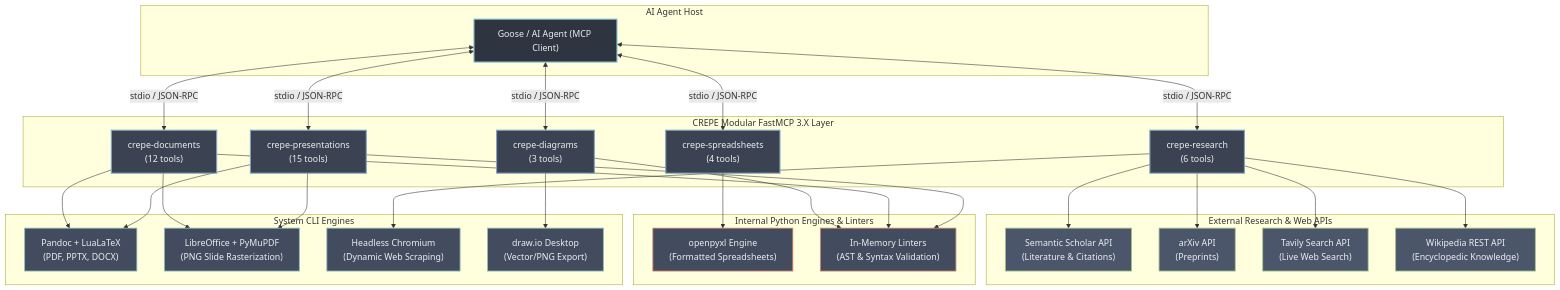
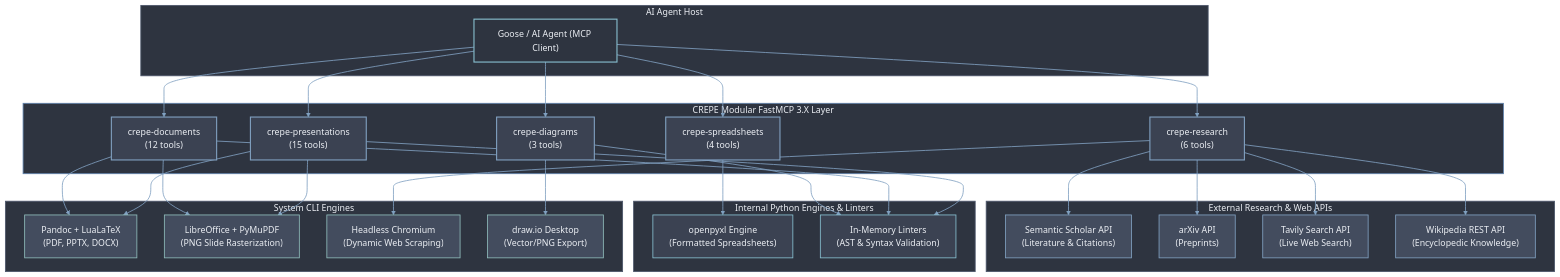
One commit to mariolpantunes/crepe-mcp changed the diagram in README.md. Above: the diagram before and after it, drawn with Mermaid.

Commit message:
docs: clean connection labels and unify Mermaid styling with pure Nord palette

````diff
--- a/README.md
+++ b/README.md
@@ -45,12 +45,12 @@
         Linters["In-Memory Linters<br/>(AST & Syntax Validation)"]
     end
 
-    %% Client connection
-    Agent <-->|stdio / JSON-RPC| Pres
-    Agent <-->|stdio / JSON-RPC| Docs
-    Agent <-->|stdio / JSON-RPC| Research
-    Agent <-->|stdio / JSON-RPC| Sheets
-    Agent <-->|stdio / JSON-RPC| Diagrams
+    %% Client connections (clean lines without protocol text)
+    Agent --> Pres
+    Agent --> Docs
+    Agent --> Research
+    Agent --> Sheets
+    Agent --> Diagrams
 
     %% Sub-server specific connections
     Pres --> Linters
@@ -72,16 +72,26 @@
     Diagrams --> Linters
     Diagrams --> DrawioCLI
 
-    %% Nord Theme Styling
+    %% Nord Theme Node Styling
     classDef client fill:#2E3440,stroke:#88C0D0,stroke-width:2px,color:#ECEFF4;
     classDef server fill:#3B4252,stroke:#81A1C1,stroke-width:2px,color:#ECEFF4;
     classDef engine fill:#434C5E,stroke:#8FBCBB,stroke-width:1.5px,color:#ECEFF4;
-    classDef api fill:#4C566A,stroke:#A3BE8C,stroke-width:1.5px,color:#ECEFF4;
-    classDef internal fill:#434C5E,stroke:#D08770,stroke-width:1.5px,color:#ECEFF4;
+    classDef api fill:#434C5E,stroke:#81A1C1,stroke-width:1.5px,color:#ECEFF4;
+    classDef internal fill:#3B4252,stroke:#88C0D0,stroke-width:1.5px,color:#ECEFF4;
 
     class Agent client;
     class Pres,Docs,Research,Sheets,Diagrams server;
     class Pandoc,LibreOffice,Chromium,DrawioCLI engine;
     class SemScholar,ArxivAPI,TavilyAPI,WikiAPI api;
     class OpenPyXL,Linters internal;
+
+    %% Subgraph Container Styling (Overrides GitHub's default yellow containers)
+    style ClientLayer fill:#2E3440,stroke:#4C566A,stroke-width:1.5px,color:#ECEFF4;
+    style FastMCPLayer fill:#2E3440,stroke:#5E81AC,stroke-width:1.5px,color:#ECEFF4;
+    style SystemTools fill:#2E3440,stroke:#4C566A,stroke-width:1.5px,color:#ECEFF4;
+    style ExternalAPIs fill:#2E3440,stroke:#4C566A,stroke-width:1.5px,color:#ECEFF4;
+    style PythonEngines fill:#2E3440,stroke:#4C566A,stroke-width:1.5px,color:#ECEFF4;
+
+    %% Link Styling (Overrides default red/orange links)
+    linkStyle default stroke:#81A1C1,stroke-width:1.5px;
 ```
````
